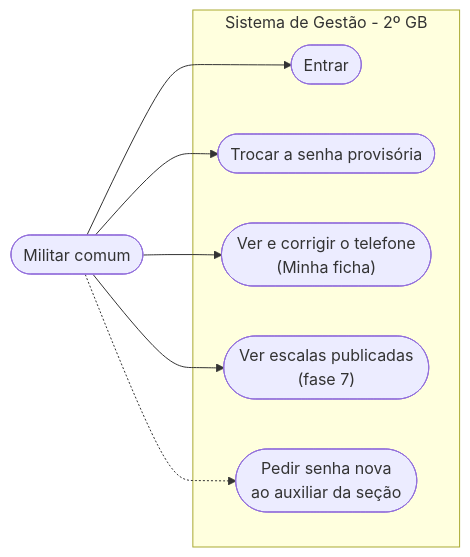
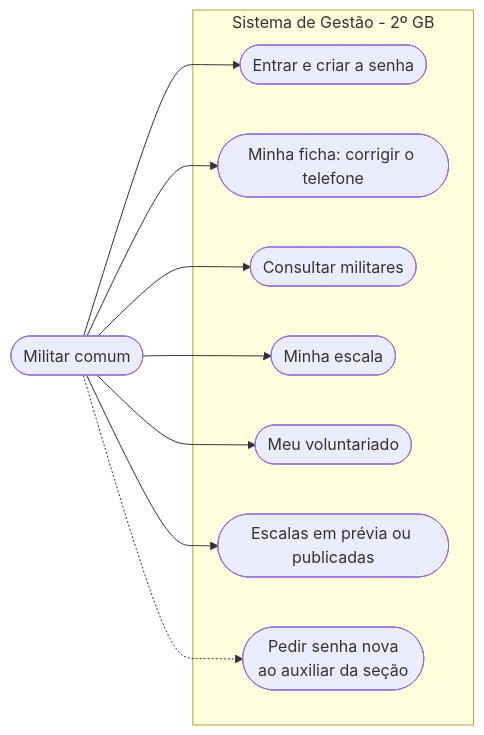
One commit to kuminho-br/escalas-2gb changed the first of 5 diagrams in docs/casos-de-uso.md. Above: the diagram before and after it, drawn with Mermaid. The commit also changed other lines of this file and 15 other files, not shown here.

````diff
--- a/docs/casos-de-uso.md
+++ b/docs/casos-de-uso.md
@@ -31,16 +51,20 @@
 ```mermaid
 flowchart LR
     U(["Militar comum"])
     subgraph SIS["Sistema de Gestão - 2º GB"]
-        E(["Entrar"])
-        T(["Trocar a senha provisória"])
-        P(["Ver e corrigir o telefone<br/>(Minha ficha)"])
-        V(["Ver escalas publicadas<br/>(fase 7)"])
+        E(["Entrar e criar a senha"])
+        F(["Minha ficha: corrigir o telefone"])
+        C(["Consultar militares"])
+        ME(["Minha escala"])
+        MV(["Meu voluntariado"])
+        ES(["Escalas em prévia ou publicadas"])
         S(["Pedir senha nova<br/>ao auxiliar da seção"])
     end
     U --> E
-    U --> T
-    U --> P
-    U --> V
+    U --> F
+    U --> C
+    U --> ME
+    U --> MV
+    U --> ES
     U -.-> S
 ```
````
